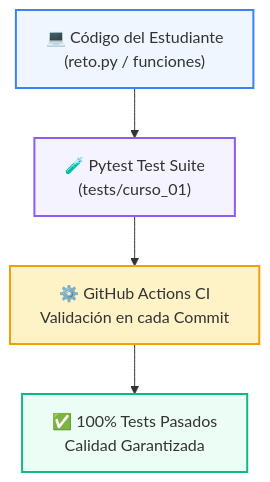
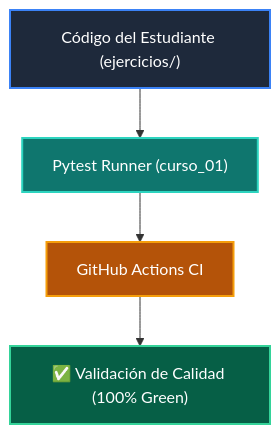
The diagram in tests/curso_01/README.md (wisrovi/wisrovi-python), drawn with Mermaid before and after one commit. The commit also changed other lines of this file and 271 other files, not shown here.

Commit message:
docs: rewrite all README.md files with bespoke topic-specific Mermaid diagrams and remove repetitive boilerplate

````diff
--- a/tests/curso_01/README.md
+++ b/tests/curso_01/README.md
@@ -10,11 +9,11 @@
 ```mermaid
 flowchart TD
-    DEV["💻 Código del Estudiante<br/>(reto.py / funciones)"] --> PYTEST["🧪 Pytest Test Suite<br/>(tests/curso_01)"]
-    PYTEST --> CI["⚙️ GitHub Actions CI<br/>Validación en cada Commit"]
-    CI --> PASS["✅ 100% Tests Pasados<br/>Calidad Garantizada"]
+    CODE["Código del Estudiante (ejercicios/)"] --> PYTEST["Pytest Runner (curso_01)"]
+    PYTEST --> CI["GitHub Actions CI"]
+    CI --> PASS["✅ Validación de Calidad (100% Green)"]
 
-    style DEV fill:#eff6ff,stroke:#3b82f6,stroke-width:2px
-    style PYTEST fill:#f5f3ff,stroke:#8b5cf6,stroke-width:2px
-    style CI fill:#fef3c7,stroke:#f59e0b,stroke-width:2px
-    style PASS fill:#ecfdf5,stroke:#10b981,stroke-width:2px
+    style CODE fill:#1e293b,color:#fff,stroke:#3b82f6,stroke-width:2px
+    style PYTEST fill:#0f766e,color:#fff,stroke:#2dd4bf,stroke-width:2px
+    style CI fill:#b45309,color:#fff,stroke:#f59e0b,stroke-width:2px
+    style PASS fill:#065f46,color:#fff,stroke:#34d399,stroke-width:2px
 ```
````
